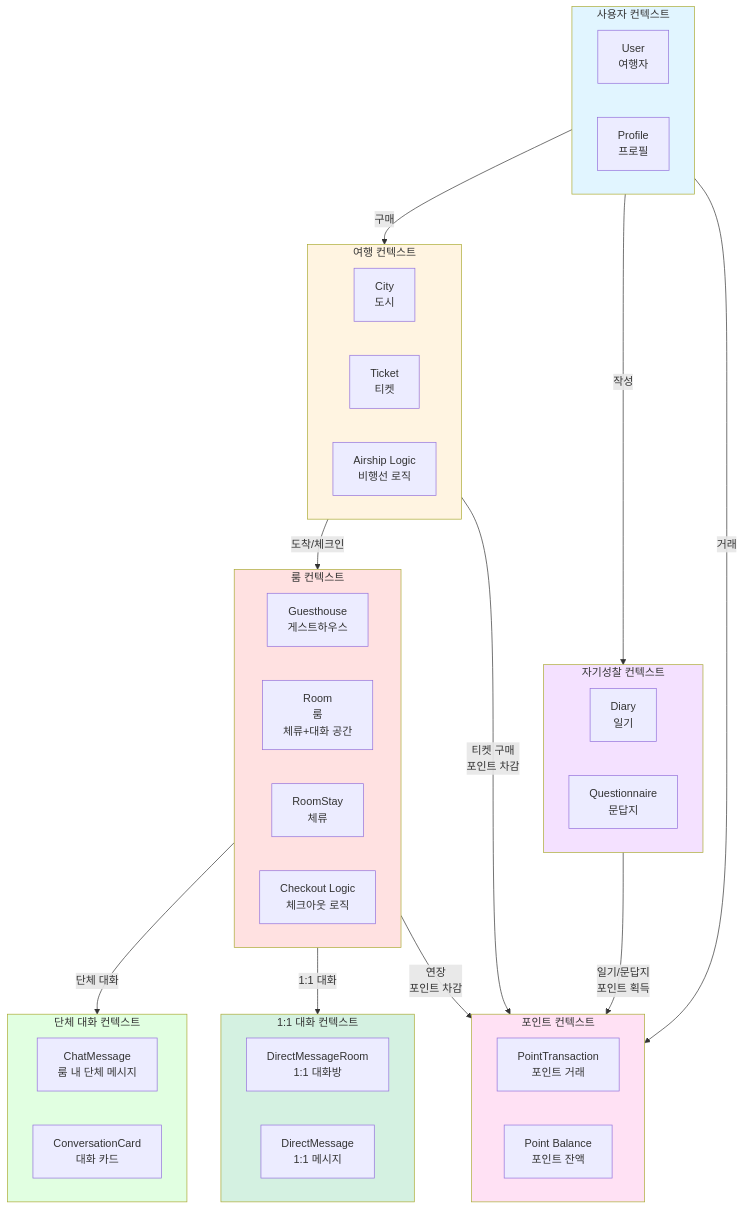
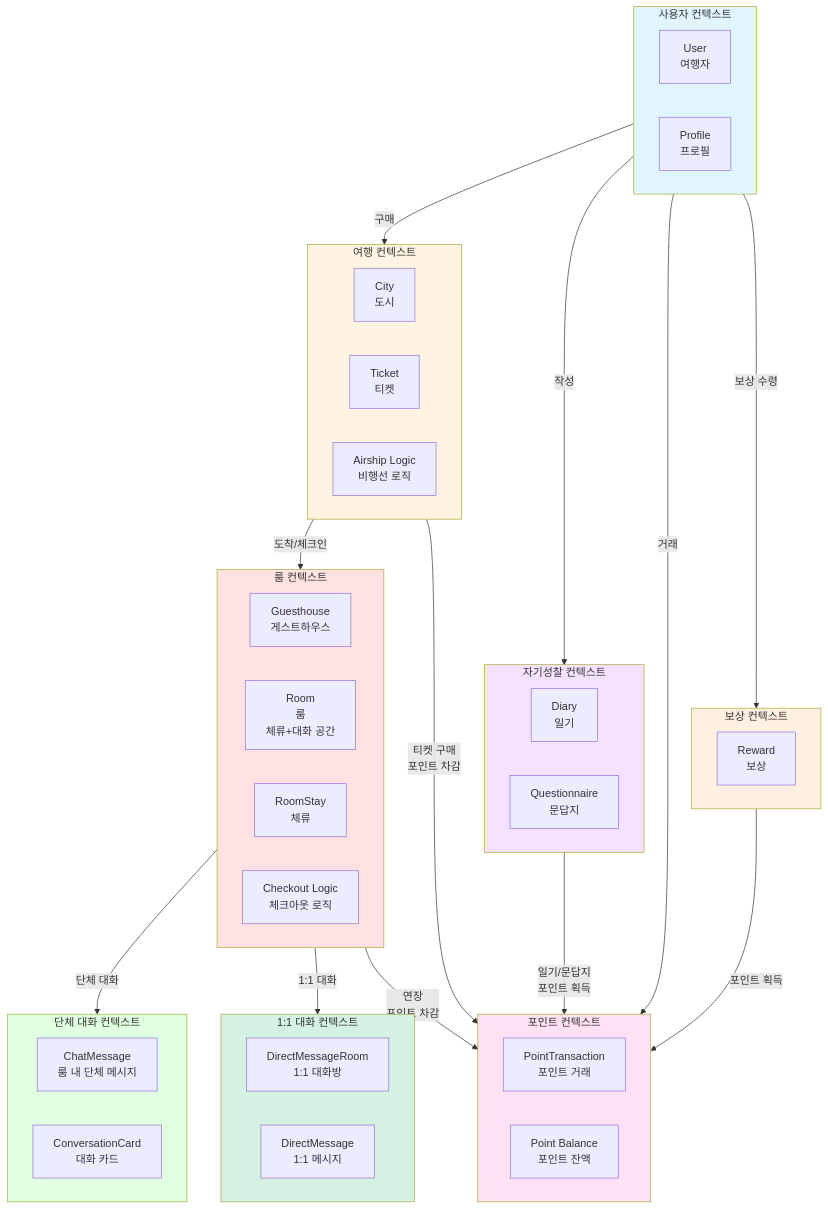
Before and after one commit to yuiyeong/bzero-api: the first of 2 diagrams in docs/domain-model.md, drawn with Mermaid. The commit also changed other lines of this file and 1 other file, not shown here.

First line of the commit message:
docs: Reward 도메인 모델 및 ERD 문서 업데이트

````diff
--- a/docs/domain-model.md
+++ b/docs/domain-model.md
@@ -57,58 +57,65 @@
 ```mermaid
 graph TB
     subgraph UserContext[사용자 컨텍스트]
         User[User<br/>여행자]
         Profile[Profile<br/>프로필]
     end
 
     subgraph TravelContext[여행 컨텍스트]
         City[City<br/>도시]
         Ticket[Ticket<br/>티켓]
         Airship[Airship Logic<br/>비행선 로직]
     end
 
     subgraph RoomContext[룸 컨텍스트]
         Guesthouse[Guesthouse<br/>게스트하우스]
         Room[Room<br/>룸<br/>체류+대화 공간]
         RoomStay[RoomStay<br/>체류]
         Checkout[Checkout Logic<br/>체크아웃 로직]
     end
 
     subgraph ChatContext[단체 대화 컨텍스트]
         ChatMessage[ChatMessage<br/>룸 내 단체 메시지]
         ConversationCard[ConversationCard<br/>대화 카드]
     end
 
     subgraph DMContext[1:1 대화 컨텍스트]
         DMRoom[DirectMessageRoom<br/>1:1 대화방]
         DirectMessage[DirectMessage<br/>1:1 메시지]
     end
 
     subgraph ReflectionContext[자기성찰 컨텍스트]
         Diary[Diary<br/>일기]
         Questionnaire[Questionnaire<br/>문답지]
     end
 
     subgraph PointContext[포인트 컨텍스트]
         PointTransaction[PointTransaction<br/>포인트 거래]
         PointBalance[Point Balance<br/>포인트 잔액]
     end
 
+    subgraph RewardContext[보상 컨텍스트]
+        Reward[Reward<br/>보상]
+    end
+
     UserContext -->|구매| TravelContext
     TravelContext -->|도착/체크인| RoomContext
     RoomContext -->|단체 대화| ChatContext
     RoomContext -->|1:1 대화| DMContext
     UserContext -->|작성| ReflectionContext
     UserContext -->|거래| PointContext
     TravelContext -->|티켓 구매<br/>포인트 차감| PointContext
     RoomContext -->|연장<br/>포인트 차감| PointContext
     ReflectionContext -->|일기/문답지<br/>포인트 획득| PointContext
+    UserContext -->|보상 수령| RewardContext
+    RewardContext -->|포인트 획득| PointContext
 
     style UserContext fill:#e1f5ff
     style TravelContext fill:#fff4e1
     style RoomContext fill:#ffe1e1
     style ChatContext fill:#e1ffe1
     style DMContext fill:#d4f1e1
     style ReflectionContext fill:#f4e1ff
     style PointContext fill:#ffe1f4
+    style RewardContext fill:#fff0e1
 ```
````
